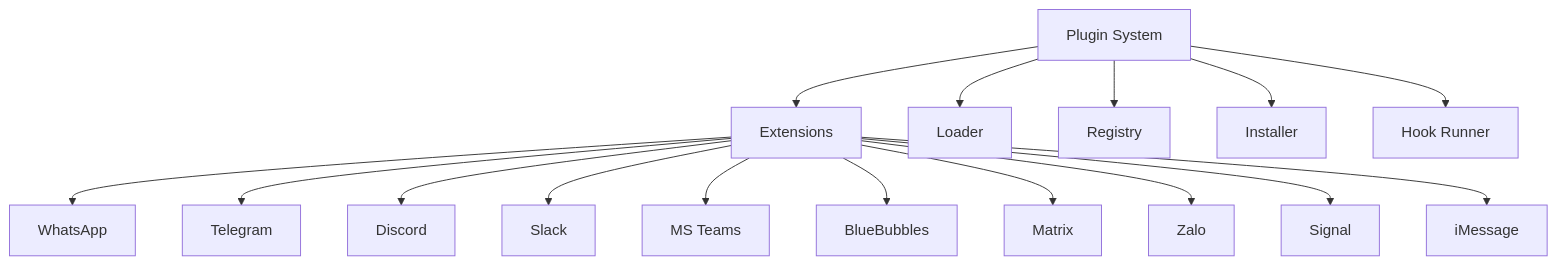
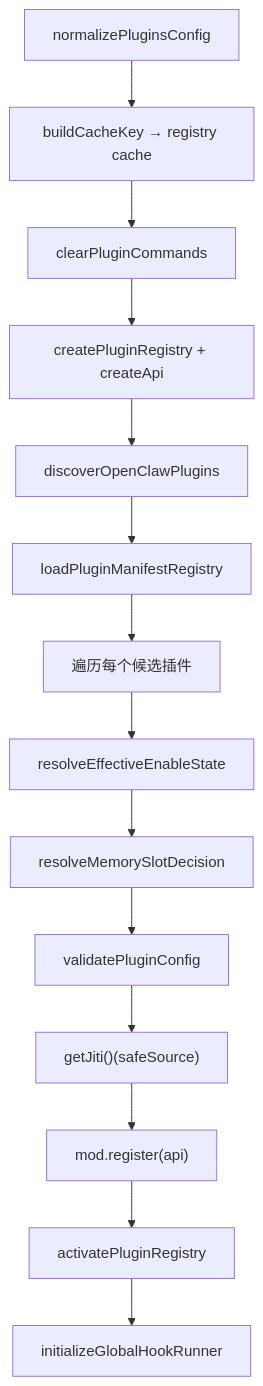
The sixth of 10 diagrams in openclaw/ARCHITECTURE.md (caicongyang/bloger), drawn with Mermaid before and after one commit. The commit also changed other lines of this file and 13 other files, not shown here.

````diff
--- a/openclaw/ARCHITECTURE.md
+++ b/openclaw/ARCHITECTURE.md
@@ -505,19 +422,16 @@
 ```mermaid
-graph TD
-    P[Plugin System] --> E[Extensions]
-    P --> L[Loader]
-    P --> R[Registry]
-    P --> I[Installer]
-    P --> H[Hook Runner]
-    
-    E --> WH[WhatsApp]
-    E --> TG[Telegram]
-    E --> DC[Discord]
-    E --> SL[Slack]
-    E --> MT[MS Teams]
-    E --> BB[BlueBubbles]
-    E --> MC[Matrix]
-    E --> ZL[Zalo]
-    E --> SI[Signal]
-    E --> IM[iMessage]
+flowchart TD
+    NC[normalizePluginsConfig] --> CK[buildCacheKey → registry cache]
+    CK --> CLR[clearPluginCommands]
+    CLR --> REG[createPluginRegistry + createApi]
+    REG --> DISC[discoverOpenClawPlugins]
+    DISC --> MAN[loadPluginManifestRegistry]
+    MAN --> LOOP[遍历每个候选插件]
+    LOOP --> EN[resolveEffectiveEnableState]
+    EN --> MEM[resolveMemorySlotDecision]
+    MEM --> VAL[validatePluginConfig]
+    VAL --> JITI["getJiti()(safeSource)"]
+    JITI --> CALL["mod.register(api)"]
+    CALL --> ACT[activatePluginRegistry]
+    ACT --> INIT[initializeGlobalHookRunner]
 ```
````
